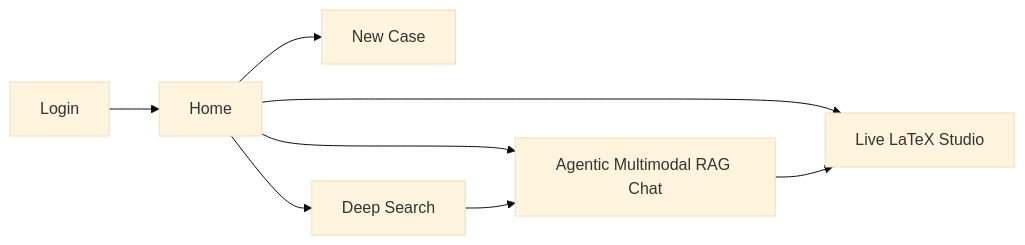
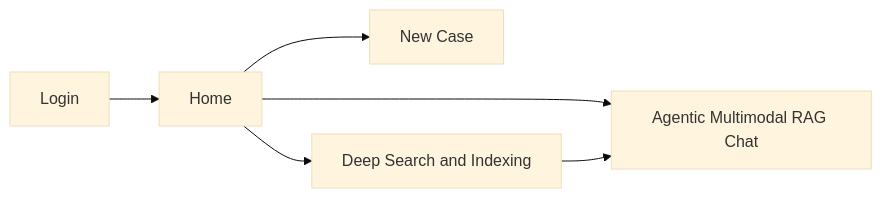
One commit to cherifsid/DeepSciPaper changed the second of 4 diagrams in README.md. Above: the diagram before and after it, drawn with Mermaid (base theme). The commit also changed other lines of this file and 4 other files, not shown here.

````diff
--- a/README.md
+++ b/README.md
@@ -88,10 +78,8 @@
 ```mermaid
 flowchart LR
     A[Login] --> B[Home]
     B --> C[New Case]
-    B --> D[Deep Search]
+    B --> D[Deep Search and Indexing]
     B --> E[Agentic Multimodal RAG Chat]
-    B --> F[Live LaTeX Studio]
     D --> E
-    E --> F
 ```
````
